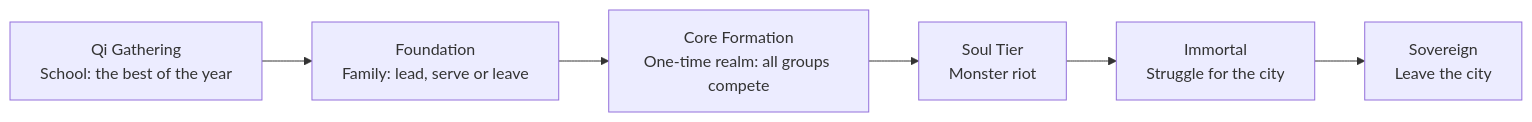
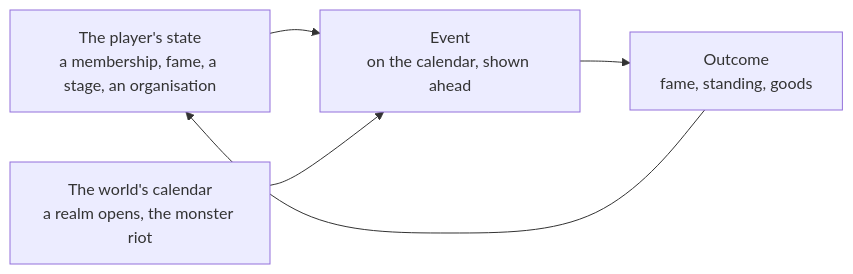
Before and after one commit to papierkorp/road_of_the_beasts: the third of 4 diagrams in docs/vision.md, drawn with Mermaid. The commit also changed other lines of this file and 8 other files, not shown here.

````diff
--- a/docs/vision.md
+++ b/docs/vision.md
@@ -114,4 +123,7 @@
 ```mermaid
 flowchart LR
-    A1["Qi Gathering<br/>School: the best of the year"] --> A2["Foundation<br/>Family: lead, serve or leave"] --> A3["Core Formation<br/>One-time realm: all groups compete"] --> A4["Soul Tier<br/>Monster riot"] --> A5["Immortal<br/>Struggle for the city"] --> A6["Sovereign<br/>Leave the city"]
+    State["The player's state<br/>a membership, fame, a stage, an organisation"] --> Event["Event<br/>on the calendar, shown ahead"]
+    World["The world's calendar<br/>a realm opens, the monster riot"] --> Event
+    Event --> Out["Outcome<br/>fame, standing, goods"]
+    Out --> State
 ```
````
